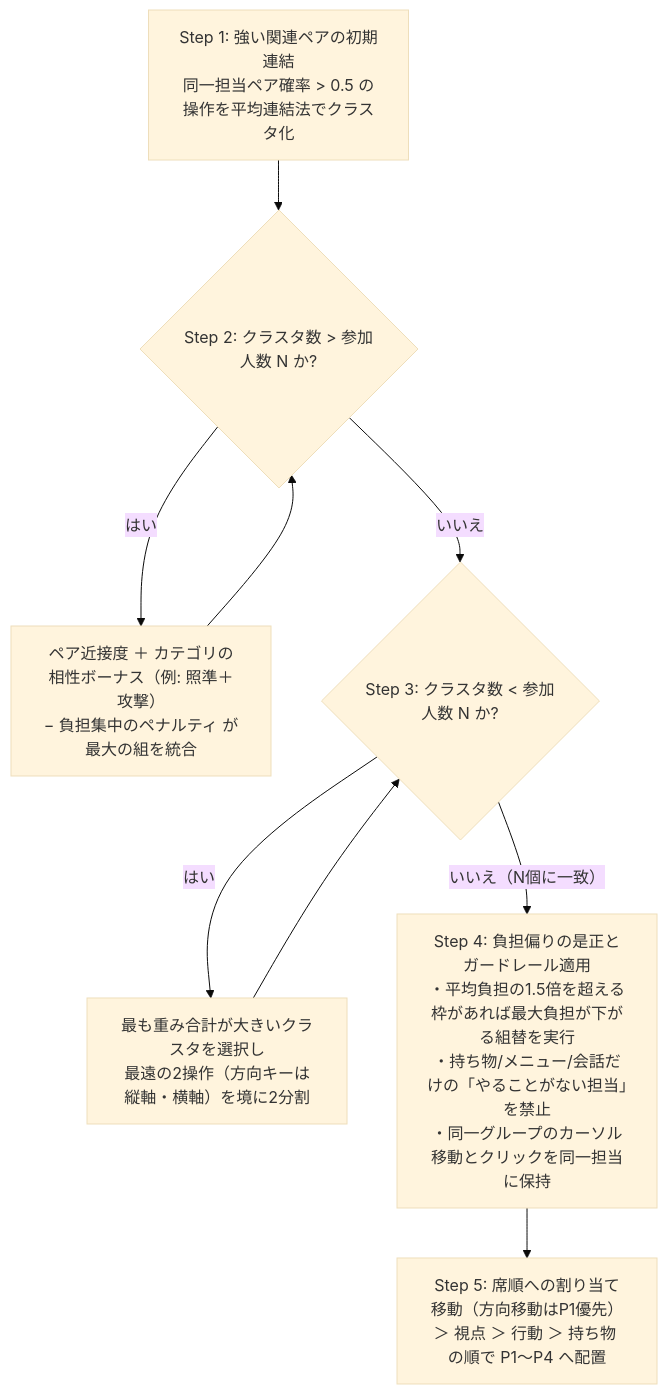
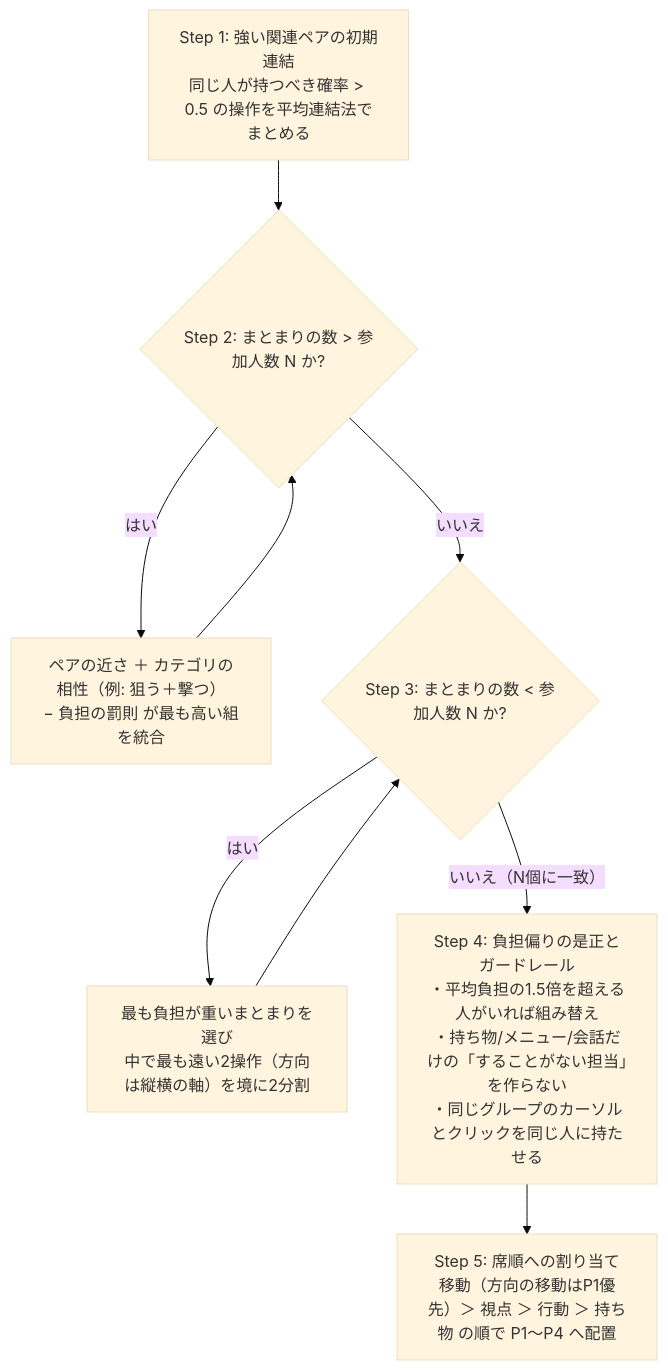
Before and after one commit to jphacks/kz_2613: the second of 2 diagrams in docs/preset-model-specification.md, drawn with Mermaid (base theme). The commit also changed other lines of this file and 3 other files, not shown here.

````diff
--- a/docs/preset-model-specification.md
+++ b/docs/preset-model-specification.md
@@ -89,11 +108,11 @@
 ```mermaid
 flowchart TB
-    Step1[Step 1: 強い関連ペアの初期連結<br/>同一担当ペア確率 > 0.5 の操作を平均連結法でクラスタ化] --> Step2{Step 2: クラスタ数 > 参加人数 N か?}
-    Step2 -->|はい| Merge[ペア近接度 ＋ カテゴリの相性ボーナス（例: 照準＋攻撃）<br/>− 負担集中のペナルティ が最大の組を統合]
+    Step1[Step 1: 強い関連ペアの初期連結<br/>同じ人が持つべき確率 > 0.5 の操作を平均連結法でまとめる] --> Step2{Step 2: まとまりの数 > 参加人数 N か?}
+    Step2 -->|はい| Merge[ペアの近さ ＋ カテゴリの相性（例: 狙う＋撃つ）<br/>− 負担の罰則 が最も高い組を統合]
     Merge --> Step2
-    Step2 -->|いいえ| Step3{Step 3: クラスタ数 < 参加人数 N か?}
-    Step3 -->|はい| Split[最も重み合計が大きいクラスタを選択し<br/>最遠の2操作（方向キーは縦軸・横軸）を境に2分割]
+    Step2 -->|いいえ| Step3{Step 3: まとまりの数 < 参加人数 N か?}
+    Step3 -->|はい| Split[最も負担が重いまとまりを選び<br/>中で最も遠い2操作（方向は縦横の軸）を境に2分割]
     Split --> Step3
-    Step3 -->|いいえ（N個に一致）| Step4[Step 4: 負担偏りの是正とガードレール適用<br/>・平均負担の1.5倍を超える枠があれば最大負担が下がる組替を実行<br/>・持ち物/メニュー/会話だけの「やることがない担当」を禁止<br/>・同一グループのカーソル移動とクリックを同一担当に保持]
-    Step4 --> Step5[Step 5: 席順への割り当て<br/>移動（方向移動はP1優先）＞ 視点 ＞ 行動 ＞ 持ち物 の順で P1〜P4 へ配置]
+    Step3 -->|いいえ（N個に一致）| Step4[Step 4: 負担偏りの是正とガードレール<br/>・平均負担の1.5倍を超える人がいれば組み替え<br/>・持ち物/メニュー/会話だけの「することがない担当」を作らない<br/>・同じグループのカーソルとクリックを同じ人に持たせる]
+    Step4 --> Step5[Step 5: 席順への割り当て<br/>移動（方向の移動はP1優先）＞ 視点 ＞ 行動 ＞ 持ち物 の順で P1〜P4 へ配置]
 ```
````
